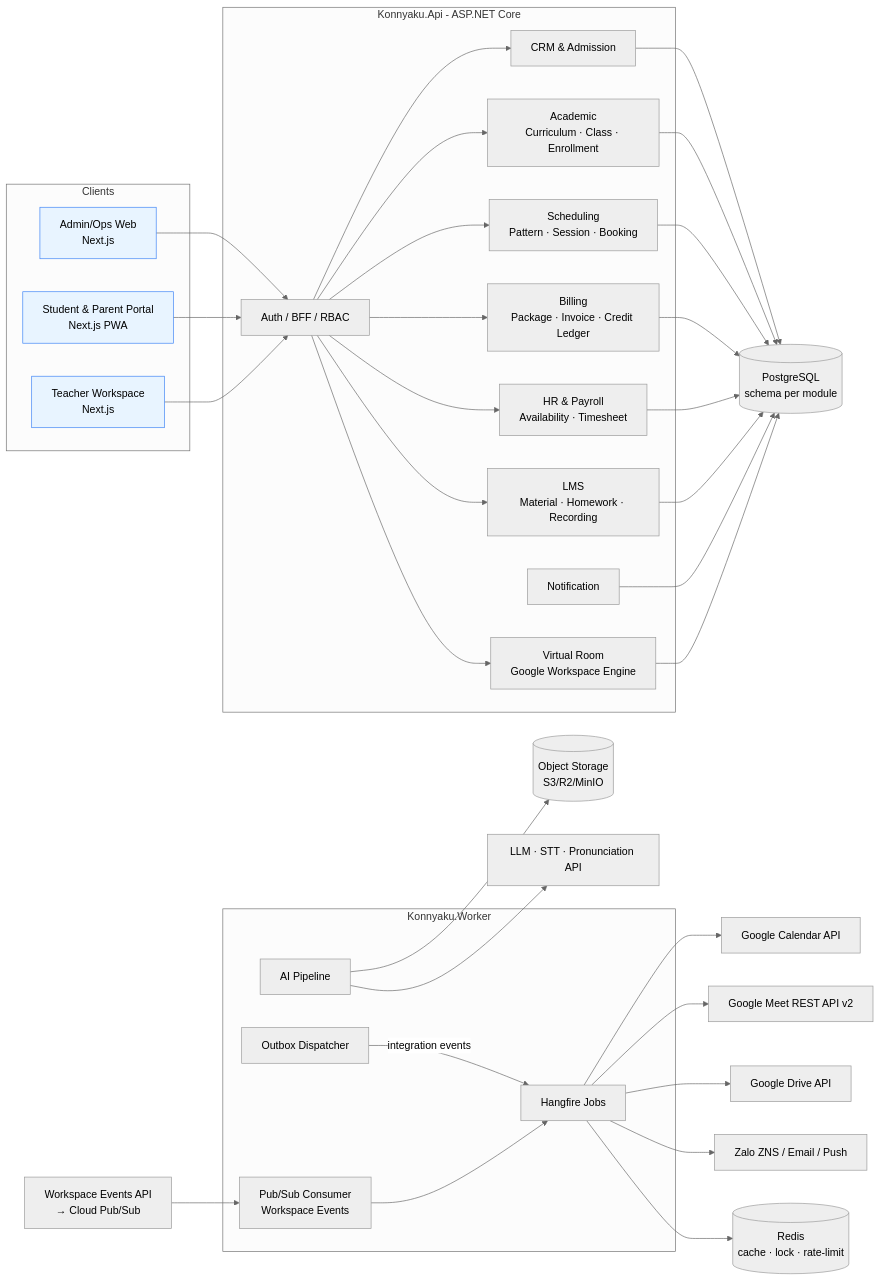
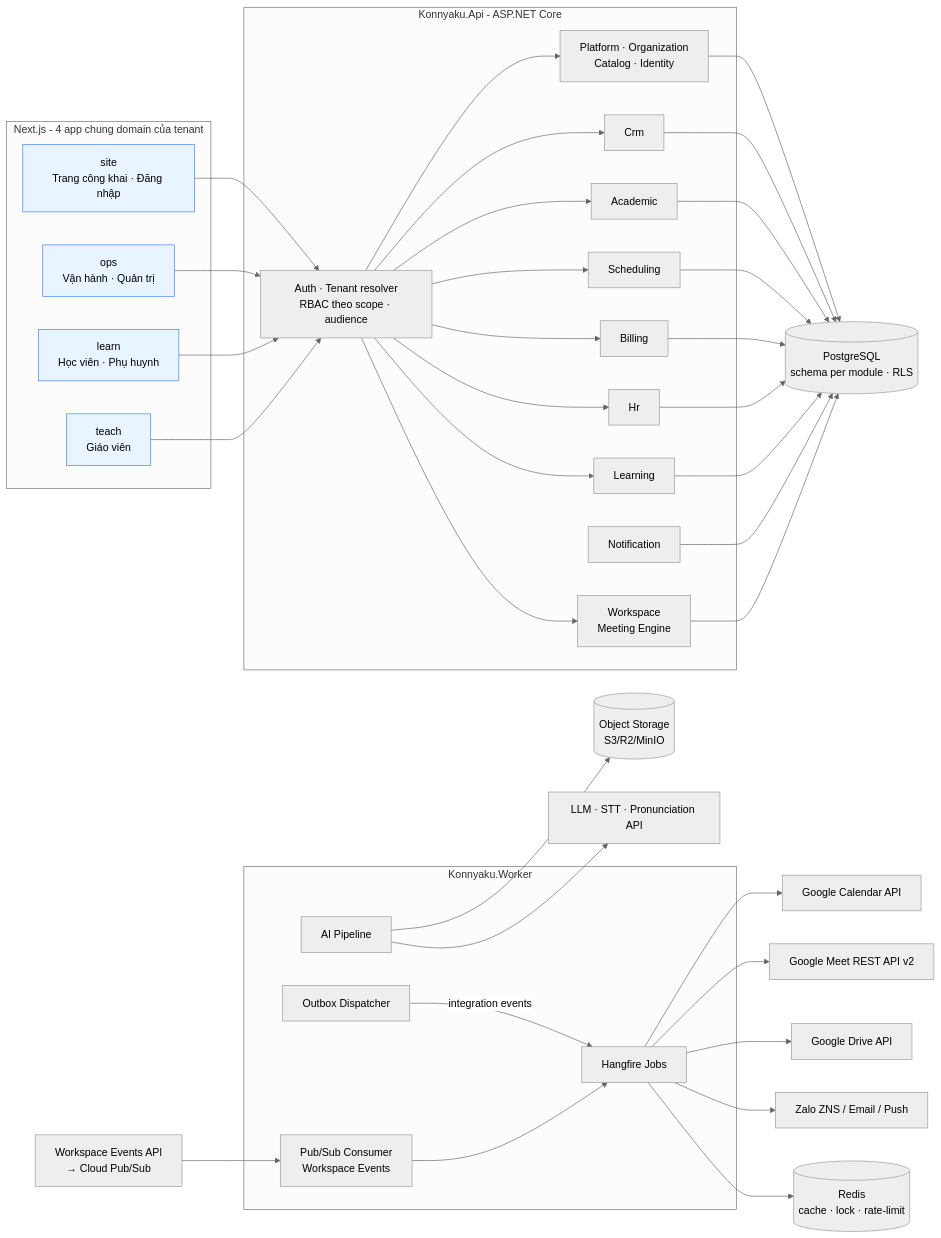
The first of 2 diagrams in docs/02-architecture.md (CDV00/konnyaku), drawn with Mermaid (neutral theme) before and after one commit. The commit also changed other lines of this file and 7 other files, not shown here.

````diff
--- a/docs/02-architecture.md
+++ b/docs/02-architecture.md
@@ -26,49 +27,51 @@
 ```mermaid
 flowchart LR
-  subgraph Clients
-    A[Admin/Ops Web<br/>Next.js]:::fe
-    S[Student & Parent Portal<br/>Next.js PWA]:::fe
-    T[Teacher Workspace<br/>Next.js]:::fe
+  subgraph Clients[Next.js - 4 app chung domain của tenant]
+    P[site<br/>Trang công khai · Đăng nhập]:::fe
+    A[ops<br/>Vận hành · Quản trị]:::fe
+    S[learn<br/>Học viên · Phụ huynh]:::fe
+    T[teach<br/>Giáo viên]:::fe
   end
 
   subgraph Konnyaku_Api[Konnyaku.Api - ASP.NET Core]
-    GW[Auth / BFF / RBAC]
-    M1[CRM & Admission]
-    M2[Academic<br/>Curriculum · Class · Enrollment]
-    M3[Scheduling<br/>Pattern · Session · Booking]
-    M4[Billing<br/>Package · Invoice · Credit Ledger]
-    M5[HR & Payroll<br/>Availability · Timesheet]
-    M6[LMS<br/>Material · Homework · Recording]
+    GW[Auth · Tenant resolver<br/>RBAC theo scope · audience]
+    M0[Platform · Organization<br/>Catalog · Identity]
+    M1[Crm]
+    M2[Academic]
+    M3[Scheduling]
+    M4[Billing]
+    M5[Hr]
+    M6[Learning]
     M7[Notification]
-    M8[Virtual Room<br/>Google Workspace Engine]
+    M8[Workspace<br/>Meeting Engine]
   end
 
   subgraph Konnyaku_Worker[Konnyaku.Worker]
     J1[Hangfire Jobs]
     J2[Outbox Dispatcher]
     J3[Pub/Sub Consumer<br/>Workspace Events]
     J4[AI Pipeline]
   end
 
-  DB[(PostgreSQL<br/>schema per module)]
+  DB[(PostgreSQL<br/>schema per module · RLS)]
   R[(Redis<br/>cache · lock · rate-limit)]
   OBJ[(Object Storage<br/>S3/R2/MinIO)]
 
   G1[Google Calendar API]
   G2[Google Meet REST API v2]
   G3[Google Drive API]
   G4[Workspace Events API<br/>→ Cloud Pub/Sub]
   Z[Zalo ZNS / Email / Push]
   AI[LLM · STT · Pronunciation API]
 
-  A & S & T --> GW --> M1 & M2 & M3 & M4 & M5 & M6 & M8
-  M1 & M2 & M3 & M4 & M5 & M6 & M7 & M8 --> DB
+  P & A & S & T --> GW --> M0 & M1 & M2 & M3 & M4 & M5 & M6 & M8
+  M0 & M1 & M2 & M3 & M4 & M5 & M6 & M7 & M8 --> DB
   J2 -->|integration events| J1
   J1 --> G1 & G2 & G3
   G4 --> J3 --> J1
   J1 --> Z
   J4 --> AI
   J4 --> OBJ
   J1 --> R
   classDef fe fill:#e8f4ff,stroke:#3b82f6
 ```
````
